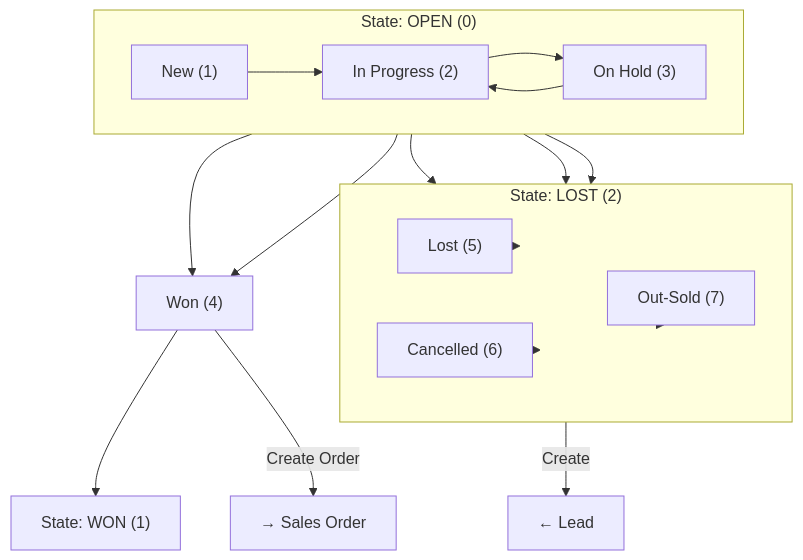
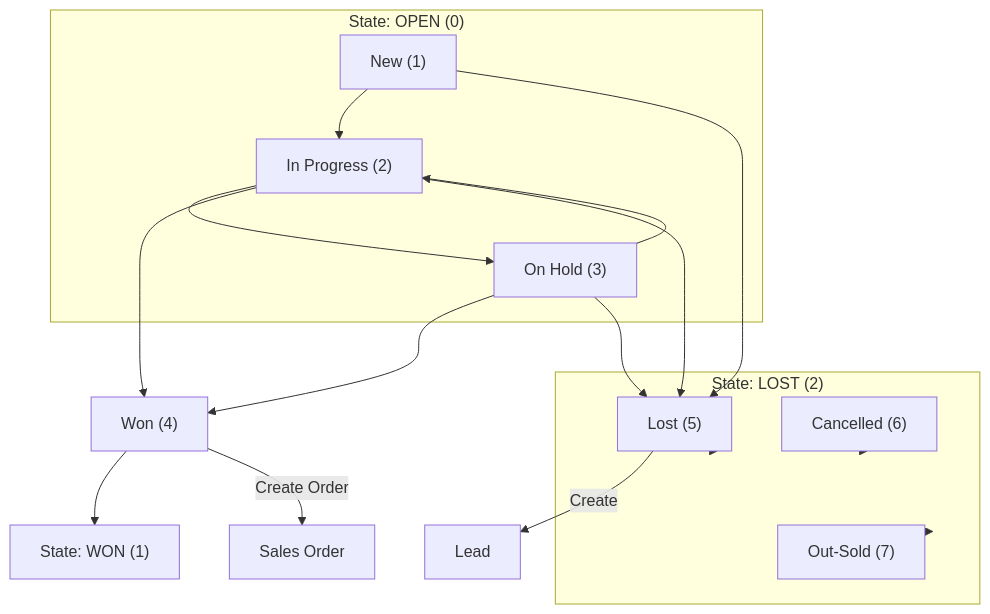
One commit to JohnDevaSahayam/Dynamic-365-Database-Documentation changed the seventh of 15 diagrams in D365_Mermaid_Diagrams.md. Above: the diagram before and after it, drawn with Mermaid. The commit also changed other lines of this file, not shown here.

Commit message:
mermaid diagram docment changes

````diff
--- a/D365_Mermaid_Diagrams.md
+++ b/D365_Mermaid_Diagrams.md
@@ -1149,45 +935,46 @@
 ```mermaid
 flowchart TD
-    %% ==================== OPPORTUNITY STATE TRANSITIONS ====================
+    %% OPPORTUNITY STATE TRANSITIONS
     
     subgraph OPEN_OPP["State: OPEN (0)"]
-        direction LR
         NEW_OPP["New (1)"]
         IN_PROGRESS["In Progress (2)"]
         ON_HOLD["On Hold (3)"]
     end
     
     WON["State: WON (1)"]
     WON_STATUS["Won (4)"]
     
     subgraph LOST_OPP["State: LOST (2)"]
-        direction LR
         LOST_OPP_STATUS["Lost (5)"]
         CANCELLED["Cancelled (6)"]
         OUT_SOLD["Out-Sold (7)"]
     end
+    
+    ORDER["Sales Order"]
+    LEAD["Lead"]
     
     %% Transitions
     NEW_OPP --> IN_PROGRESS
     IN_PROGRESS --> ON_HOLD
     IN_PROGRESS --> WON_STATUS
     ON_HOLD --> IN_PROGRESS
     ON_HOLD --> WON_STATUS
     
     NEW_OPP --> LOST_OPP_STATUS
     IN_PROGRESS --> LOST_OPP_STATUS
     ON_HOLD --> LOST_OPP_STATUS
     
     WON_STATUS --> WON
     
     LOST_OPP_STATUS --> LOST_OPP
     CANCELLED --> LOST_OPP
     OUT_SOLD --> LOST_OPP
     
-    WON_STATUS -->|"Create Order"| ORDER["→ Sales Order"]
-    LOST_OPP_STATUS -->|"Create"| LEAD["← Lead"]
+    WON_STATUS -->|Create Order| ORDER
+    LOST_OPP_STATUS -->|Create| LEAD
     
     class NEW_OPP,IN_PROGRESS,ON_HOLD fill:#e3f2fd,stroke:#1565c0
     class WON_STATUS,WON fill:#c8e6c9,stroke:#2e7d32
     class LOST_OPP_STATUS,CANCELLED,OUT_SOLD,LOST_OPP fill:#ffcdd2,stroke:#c62828
 ```
````
